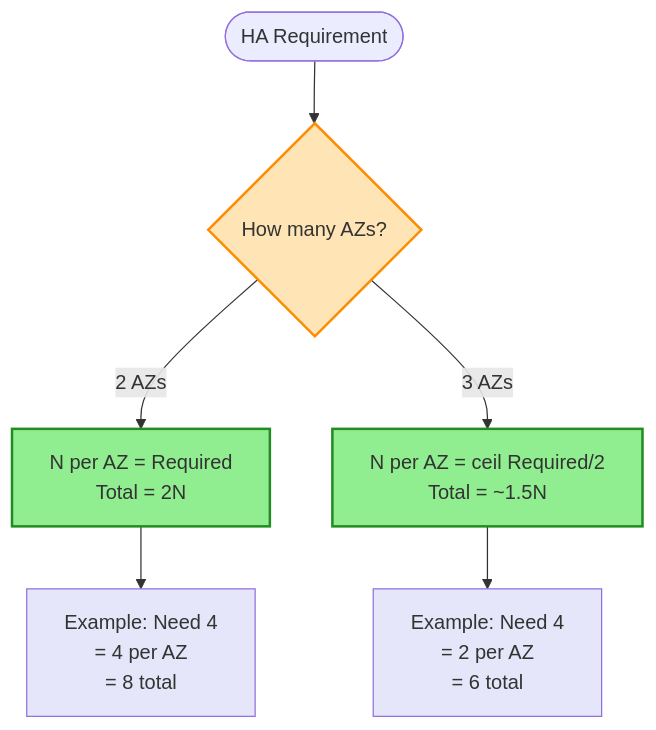
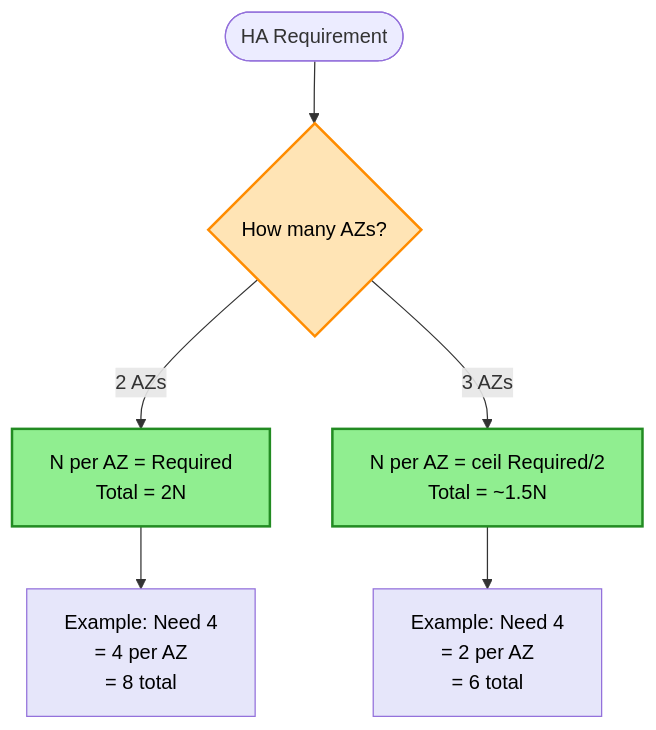
Before and after one commit to intelliswarm-ai/aws-architectures: the second of 3 diagrams in aws-architecture-decisions/diagrams/high-availability-decisions.md, drawn with Mermaid. The commit also changed other lines of this file and 13 other files, not shown here.

````diff
--- a/aws-architecture-decisions/diagrams/high-availability-decisions.md
+++ b/aws-architecture-decisions/diagrams/high-availability-decisions.md
@@ -35,19 +35,19 @@
 ```mermaid
 flowchart TD
     Start([HA Requirement]) --> Q1{How many AZs?}
 
     Q1 -->|2 AZs| CALC_2[N per AZ = Required<br/>Total = 2N]
     Q1 -->|3 AZs| CALC_3[N per AZ = ceil Required/2<br/>Total = ~1.5N]
 
     CALC_2 --> EX_2[Example: Need 4<br/>= 4 per AZ<br/>= 8 total]
     CALC_3 --> EX_3[Example: Need 4<br/>= 2 per AZ<br/>= 6 total]
 
     %% Styling
-    classDef calc fill:#90EE90,stroke:#228B22,stroke-width:2px
-    classDef example fill:#E6E6FA,stroke:#9370DB,stroke-width:1px
-    classDef question fill:#FFE4B5,stroke:#FF8C00,stroke-width:2px
+    classDef calc fill:#90EE90,stroke:#228B22,stroke-width:2px,color:#000000
+    classDef example fill:#E6E6FA,stroke:#9370DB,stroke-width:1px,color:#000000
+    classDef question fill:#FFE4B5,stroke:#FF8C00,stroke-width:2px,color:#000000
 
     class Q1 question
     class CALC_2,CALC_3 calc
     class EX_2,EX_3 example
 ```
````
